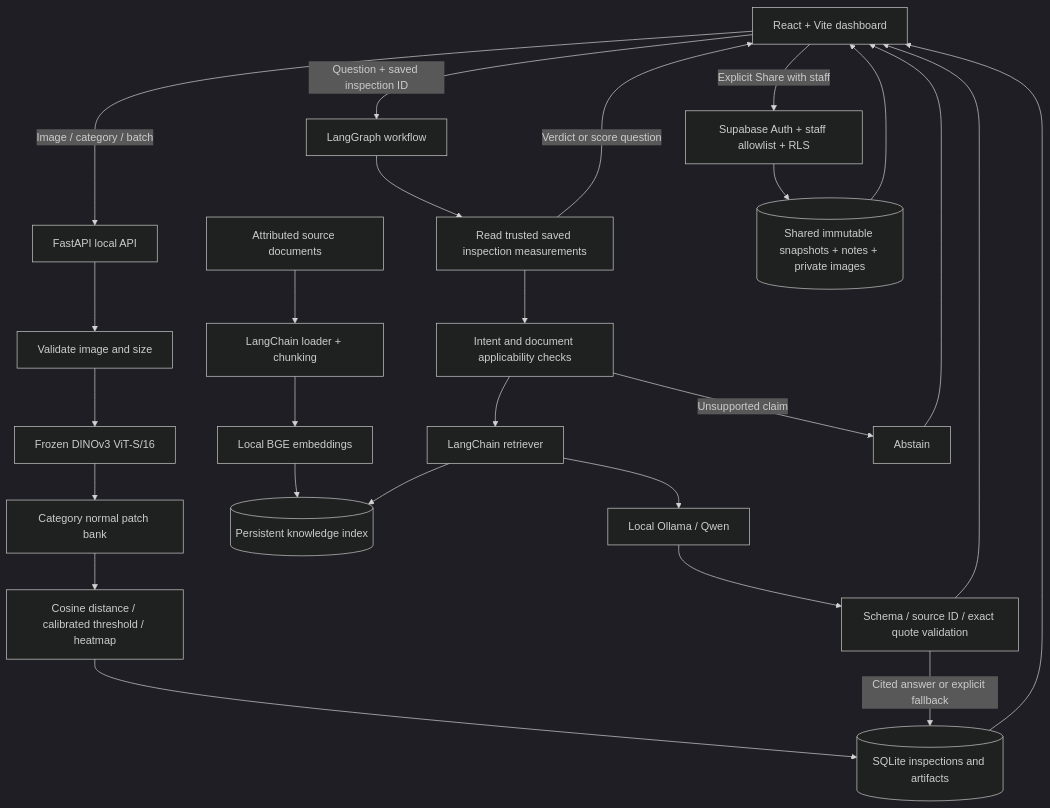
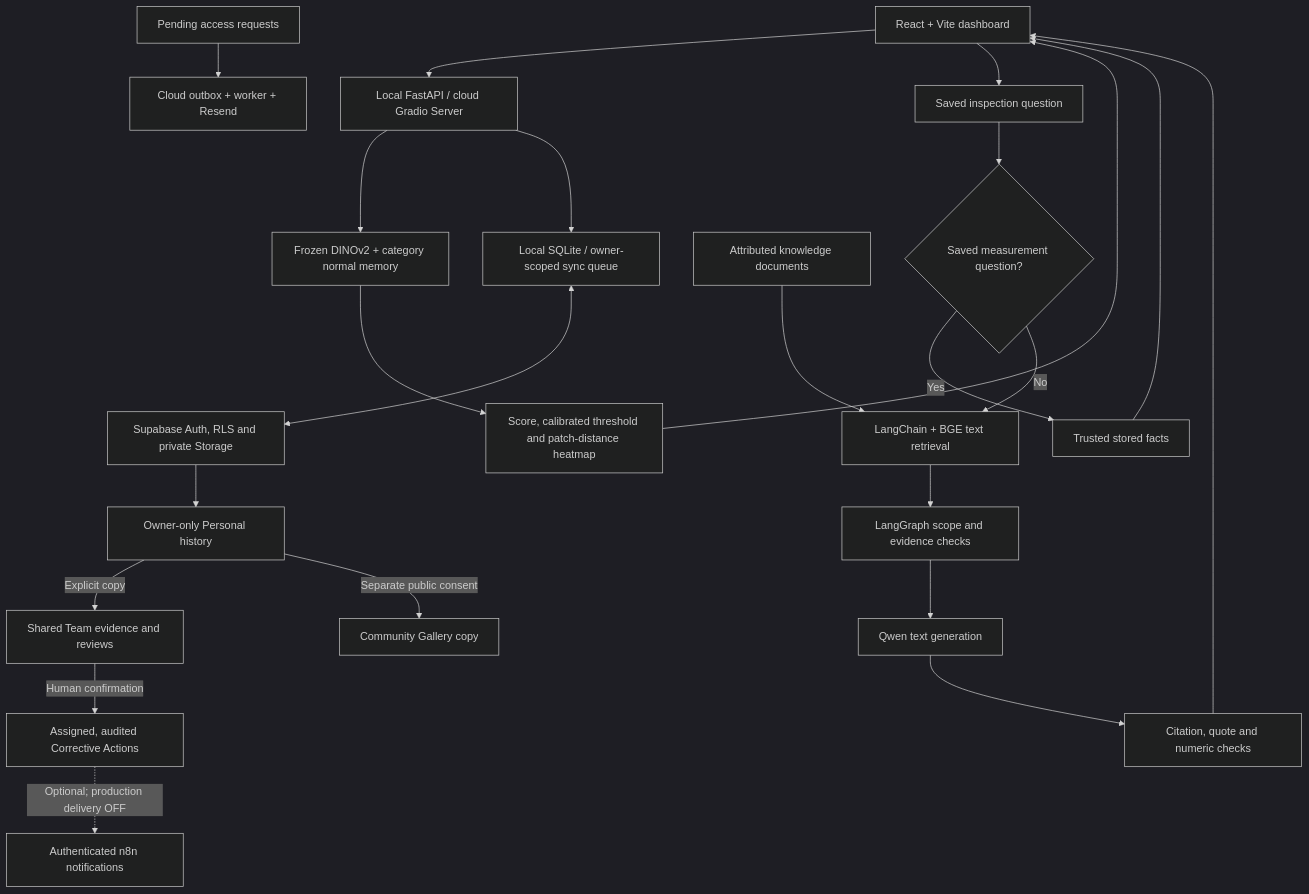
One commit to WAYTECHG/DefectRAG changed the diagram in docs/ARCHITECTURE.md. Above: the diagram before and after it, drawn with Mermaid (dark theme). The commit also changed other lines of this file and 123 other files, not shown here.

Commit message:
docs: curate public guides and remove internal progress artifacts

````diff
--- a/docs/ARCHITECTURE.md
+++ b/docs/ARCHITECTURE.md
@@ -3,28 +7,25 @@
 ```mermaid
 flowchart TD
-    UI[React + Vite dashboard] -->|Image / category / batch| API[FastAPI local API]
-    API --> VALID[Validate image and size]
-    VALID --> DINO[Frozen DINOv3 ViT-S/16]
-    DINO --> BANK[Category normal patch bank]
-    BANK --> SCORE[Cosine distance / calibrated threshold / heatmap]
-    SCORE --> DB[(SQLite inspections and artifacts)]
-    DB --> UI
-    UI -->|Question + saved inspection ID| GRAPH[LangGraph workflow]
-    GRAPH --> FACTS[Read trusted saved inspection measurements]
-    FACTS -->|Verdict or score question| UI
-    FACTS --> SCOPE[Intent and document applicability checks]
-    SCOPE --> RET[LangChain retriever]
-    KB[Attributed source documents] --> LOAD[LangChain loader + chunking]
-    LOAD --> EMB[Local BGE embeddings]
-    EMB --> INDEX[(Persistent knowledge index)]
-    RET --> INDEX
-    RET --> QWEN[Local Ollama / Qwen]
-    QWEN --> CHECK[Schema / source ID / exact quote validation]
-    CHECK -->|Cited answer or explicit fallback| DB
-    SCOPE -->|Unsupported claim| ABSTAIN[Abstain]
-    ABSTAIN --> UI
-    CHECK --> UI
-    UI -->|Explicit Share with staff| CLOUD[Supabase Auth + staff allowlist + RLS]
-    CLOUD --> TEAM[(Shared immutable snapshots + notes + private images)]
-    TEAM --> UI
+    UI["React + Vite dashboard"] --> API["Local FastAPI / cloud Gradio Server"]
+    API --> DINO["Frozen DINOv2 + category normal memory"]
+    DINO --> Result["Score, calibrated threshold and patch-distance heatmap"]
+    Result --> UI
+    UI --> Question["Saved inspection question"]
+    Question --> Route{"Saved measurement question?"}
+    Route -->|Yes| Facts["Trusted stored facts"]
+    Route -->|No| Retrieve["LangChain + BGE text retrieval"]
+    Docs["Attributed knowledge documents"] --> Retrieve
+    Retrieve --> Graph["LangGraph scope and evidence checks"]
+    Graph --> Qwen["Qwen text generation"]
+    Qwen --> Checks["Citation, quote and numeric checks"]
+    Facts --> UI
+    Checks --> UI
+    API --> Local["Local SQLite / owner-scoped sync queue"]
+    Local <--> Cloud["Supabase Auth, RLS and private Storage"]
+    Cloud --> Private["Owner-only Personal history"]
+    Private -->|Explicit copy| Team["Shared Team evidence and reviews"]
+    Team -->|Human confirmation| Cases["Assigned, audited Corrective Actions"]
+    Private -->|Separate public consent| Gallery["Community Gallery copy"]
+    Requests["Pending access requests"] --> Mail["Cloud outbox + worker + Resend"]
+    Cases -. "Optional; production delivery OFF" .-> N8N["Authenticated n8n notifications"]
 ```
````
